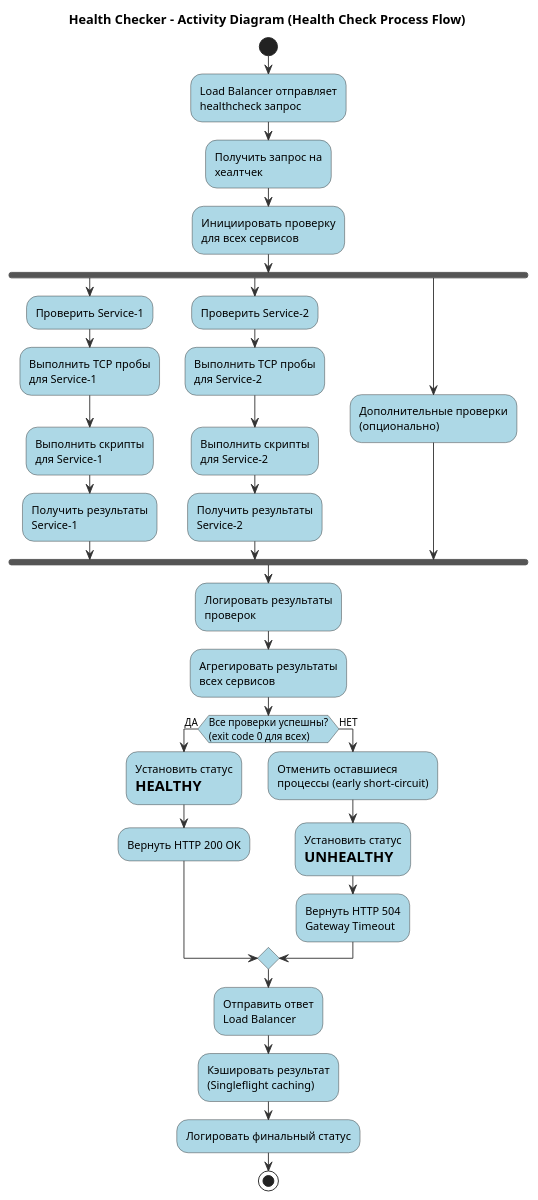
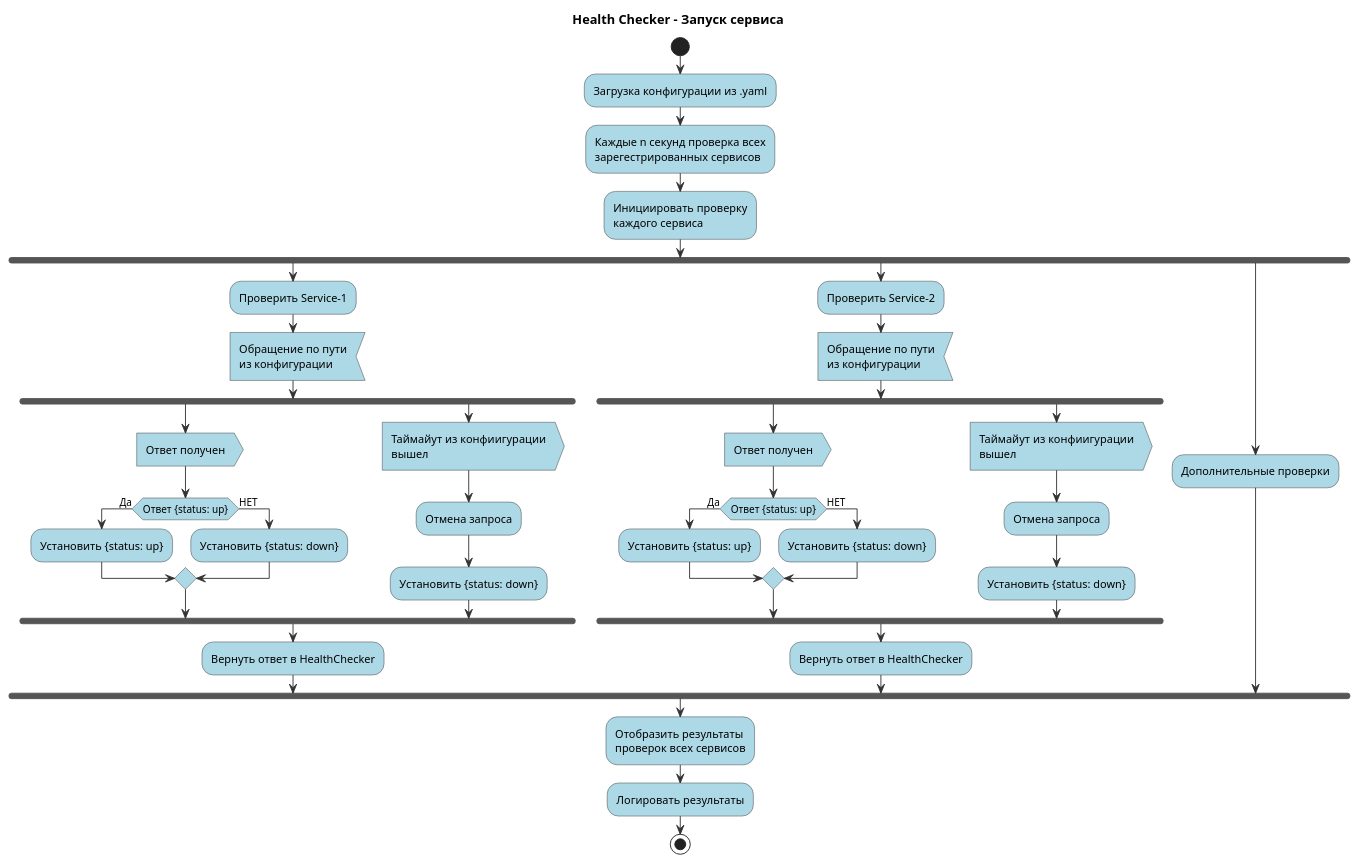
The diagram in Activity.puml (seriykordinal/health-checker-proj), drawn with PlantUML before and after one commit. The commit also changed 5 other files, not shown here.

Commit message:
Modify activity and useCase, create first classs and sequence diagram, move builder to separate file

```diff
--- a/Activity.puml
+++ b/Activity.puml
@@ -1,53 +1,62 @@
 @startuml HealthChecker_Activity
 
-title Health Checker - Activity Diagram (Health Check Process Flow)
+title Health Checker - Запуск сервиса 
 
 skinparam activity {
     BackgroundColor #LightBlue
     BorderColor #333
     ArrowColor #333
 }
 
 start
-:Load Balancer отправляет\nhealthcheck запрос;
+:Загрузка конфигурации из .yaml;
 
-:Получить запрос на\nхеалтчек;
+:Каждые n секунд проверка всех\nзарегестрированных сервисов;
 
-:Инициировать проверку\nдля всех сервисов;
+:Инициировать проверку\nкаждого сервиса;
 
 fork
     :Проверить Service-1;
-    :Выполнить TCP пробы\nдля Service-1;
-    :Выполнить скрипты\nдля Service-1;
-    :Получить результаты\nService-1;
+    :Обращение по пути\nиз конфигурации<
+    fork
+        :Ответ получен>
+        if (Ответ {status: up}) then (Да)
+            :Установить {status: up};
+        else (НЕТ)
+            :Установить {status: down};
+        endif
+    fork again
+        :Таймайут из конфиигурации\nвышел>
+        :Отмена запроса;
+        :Установить {status: down};
+
+    end fork
+        :Вернуть ответ в HealthChecker; 
 fork again
-    :Проверить Service-2;
-    :Выполнить TCP пробы\nдля Service-2;
-    :Выполнить скрипты\nдля Service-2;
-    :Получить результаты\nService-2;
+   :Проверить Service-2;
+    :Обращение по пути\nиз конфигурации<
+    fork
+        :Ответ получен>
+        if (Ответ {status: up}) then (Да)
+            :Установить {status: up};
+        else (НЕТ)
+            :Установить {status: down};
+        endif
+    fork again
+        :Таймайут из конфиигурации\nвышел>
+        :Отмена запроса;
+        :Установить {status: down};
+
+    end fork
+        :Вернуть ответ в HealthChecker; 
 fork again
-    :Дополнительные проверки\n(опционально);
+    :Дополнительные проверки;
 end fork
 
-:Логировать результаты\nпроверок;
+:Отобразить результаты\nпроверок всех сервисов;
+:Логировать результаты;
 
-:Агрегировать результаты\nвсех сервисов;
-
-if (Все проверки успешны?\n(exit code 0 для всех)) then (ДА)
-    :Установить статус\n= HEALTHY;
-    :Вернуть HTTP 200 OK;
-else (НЕТ)
-    :Отменить оставшиеся\nпроцессы (early short-circuit);
-    :Установить статус\n= UNHEALTHY;
-    :Вернуть HTTP 504\nGateway Timeout;
-endif
-
-:Отправить ответ\nLoad Balancer;
-
-:Кэшировать результат\n(Singleflight caching);
-
-:Логировать финальный статус;
 
 stop
 
 @enduml
```
